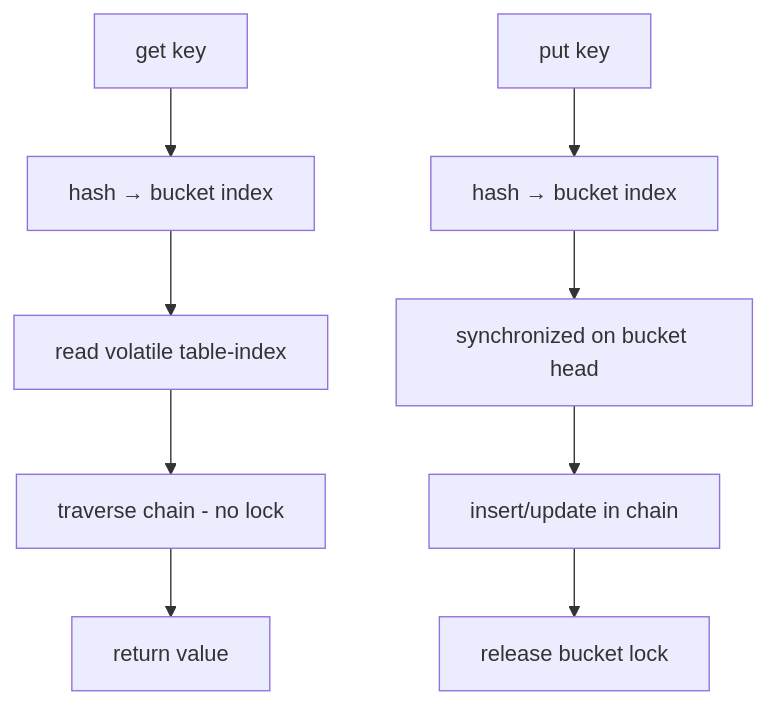
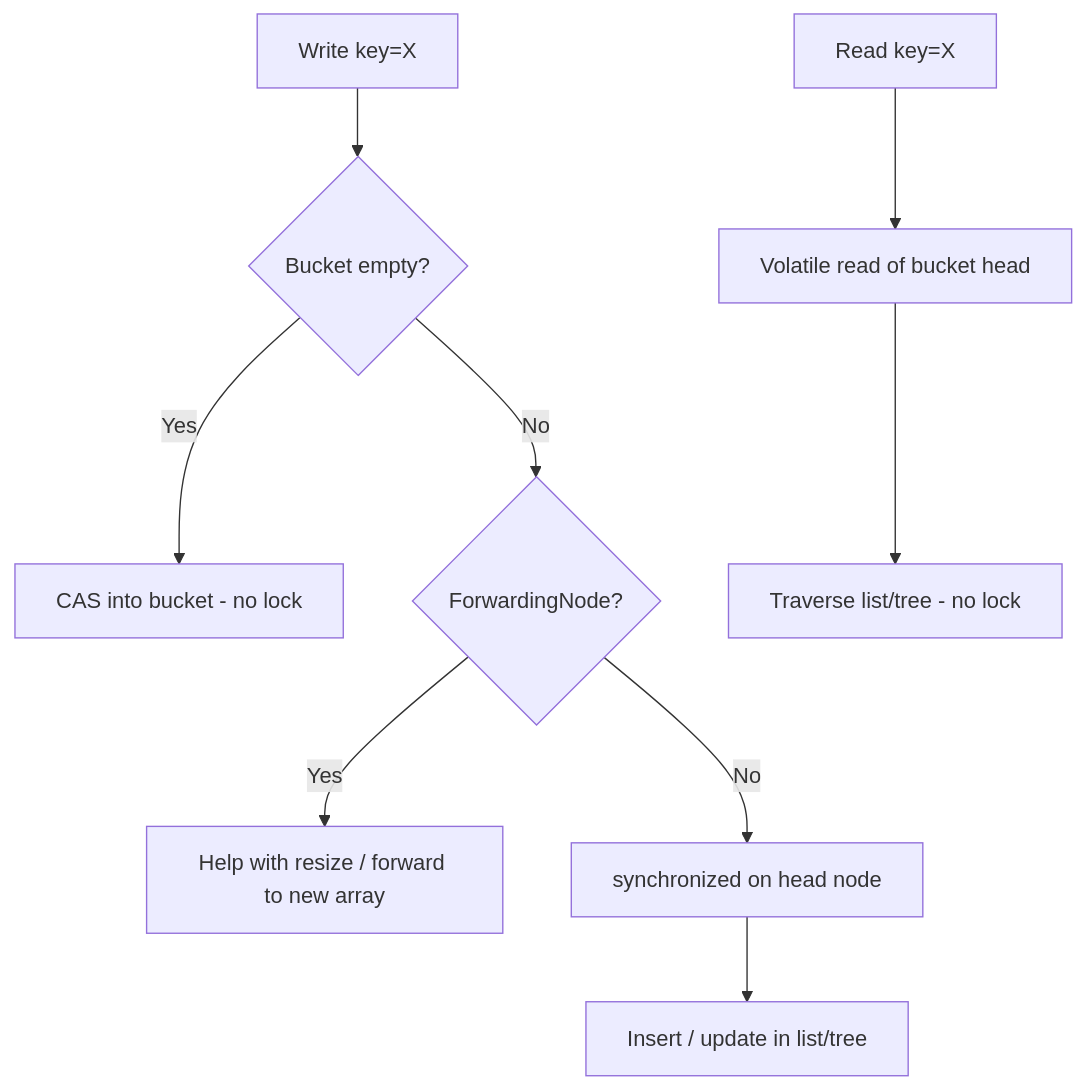
Before and after one commit to shivakrishnak/sk-int: the first of 2 diagrams in docs/java-concurrency/Java Concurrency - L2 Concurrent Collections.md, drawn with Mermaid. The commit also changed other lines of this file and 466 other files, not shown here.

````diff
--- a/docs/java-concurrency/Java Concurrency - L2 Concurrent Collections.md
+++ b/docs/java-concurrency/Java Concurrency - L2 Concurrent Collections.md
@@ -438,12 +710,12 @@
 ```mermaid
 flowchart TD
-    A[get key] --> B[hash → bucket index]
-    B --> C[read volatile table-index]
-    C --> D[traverse chain - no lock]
-    D --> E[return value]
+    W[Write key=X] --> BE{Bucket empty?}
+    BE -->|Yes| CAS[CAS into bucket - no lock]
+    BE -->|No| FN{ForwardingNode?}
+    FN -->|Yes| RES[Help with resize / forward to new array]
+    FN -->|No| SYN[synchronized on head node]
+    SYN --> INS[Insert / update in list/tree]
 
-    F[put key] --> G[hash → bucket index]
-    G --> H[synchronized on bucket head]
-    H --> I[insert/update in chain]
-    I --> J[release bucket lock]
+    R[Read key=X] --> VR[Volatile read of bucket head]
+    VR --> TRV[Traverse list/tree - no lock]
 ```
````
